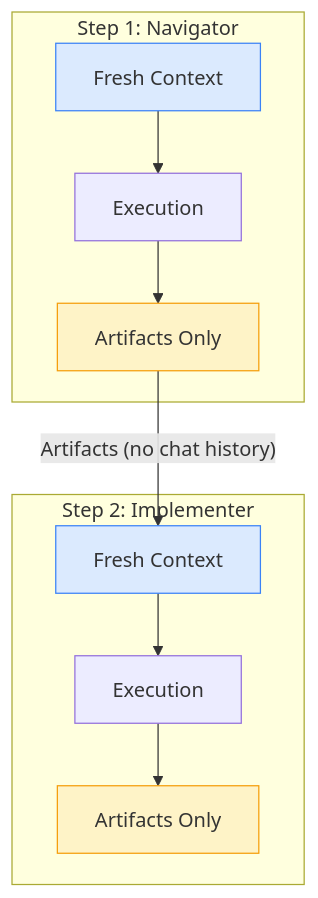
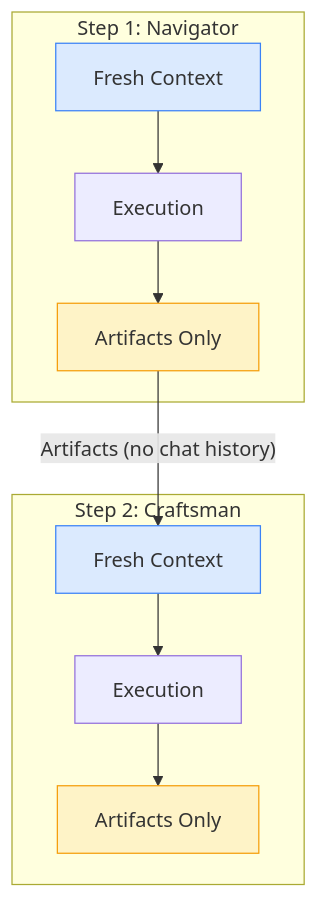
Before and after one commit to re-cinq/wave: the second of 3 diagrams in docs/concepts/personas.md, drawn with Mermaid. The commit also changed other lines of this file and 68 other files, not shown here.

First line of the commit message:
feat: improve persona architecture based on Claude Code Teams analysis

````diff
--- a/docs/concepts/personas.md
+++ b/docs/concepts/personas.md
@@ -214,19 +179,19 @@
 ```mermaid
 flowchart TD
     subgraph Step1["Step 1: Navigator"]
         A1[Fresh Context] --> B1[Execution]
         B1 --> C1[Artifacts Only]
     end
 
     C1 -->|"Artifacts (no chat history)"| A2
 
-    subgraph Step2["Step 2: Implementer"]
+    subgraph Step2["Step 2: Craftsman"]
         A2[Fresh Context] --> B2[Execution]
         B2 --> C2[Artifacts Only]
     end
 
     style A1 fill:#dbeafe,stroke:#3b82f6
     style A2 fill:#dbeafe,stroke:#3b82f6
     style C1 fill:#fef3c7,stroke:#f59e0b
     style C2 fill:#fef3c7,stroke:#f59e0b
 ```
````
